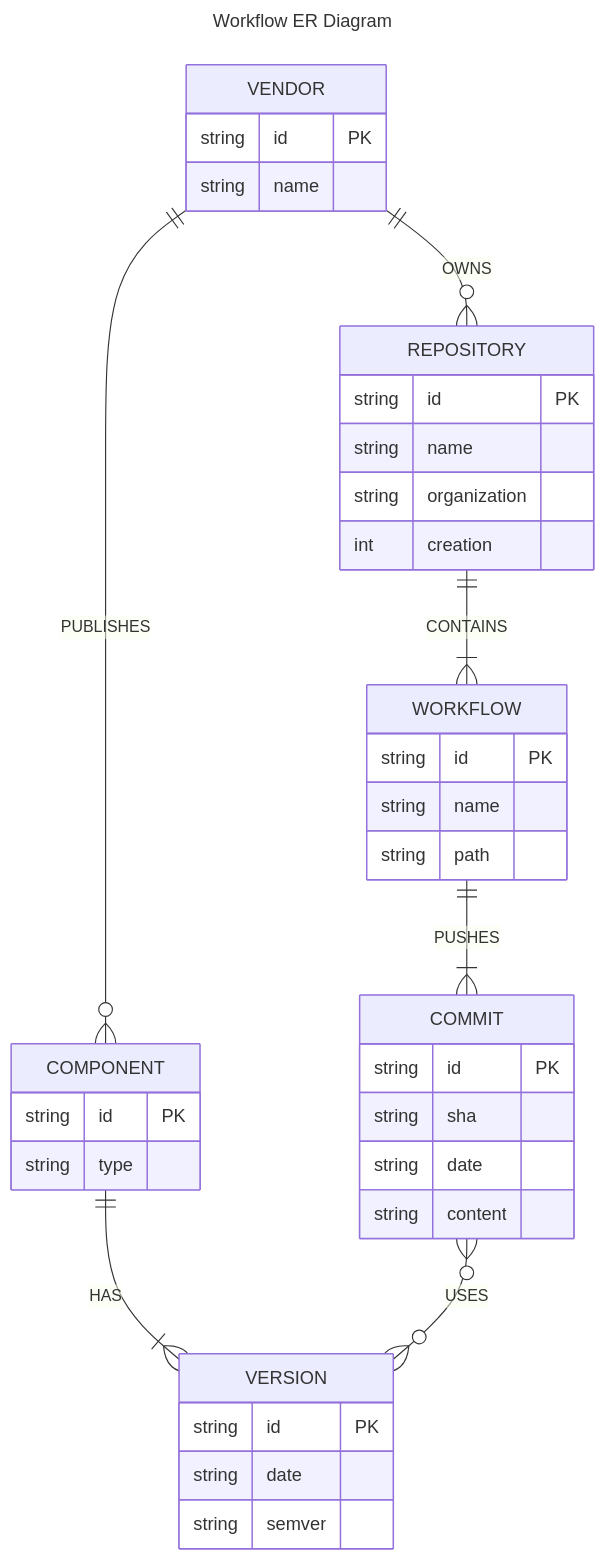
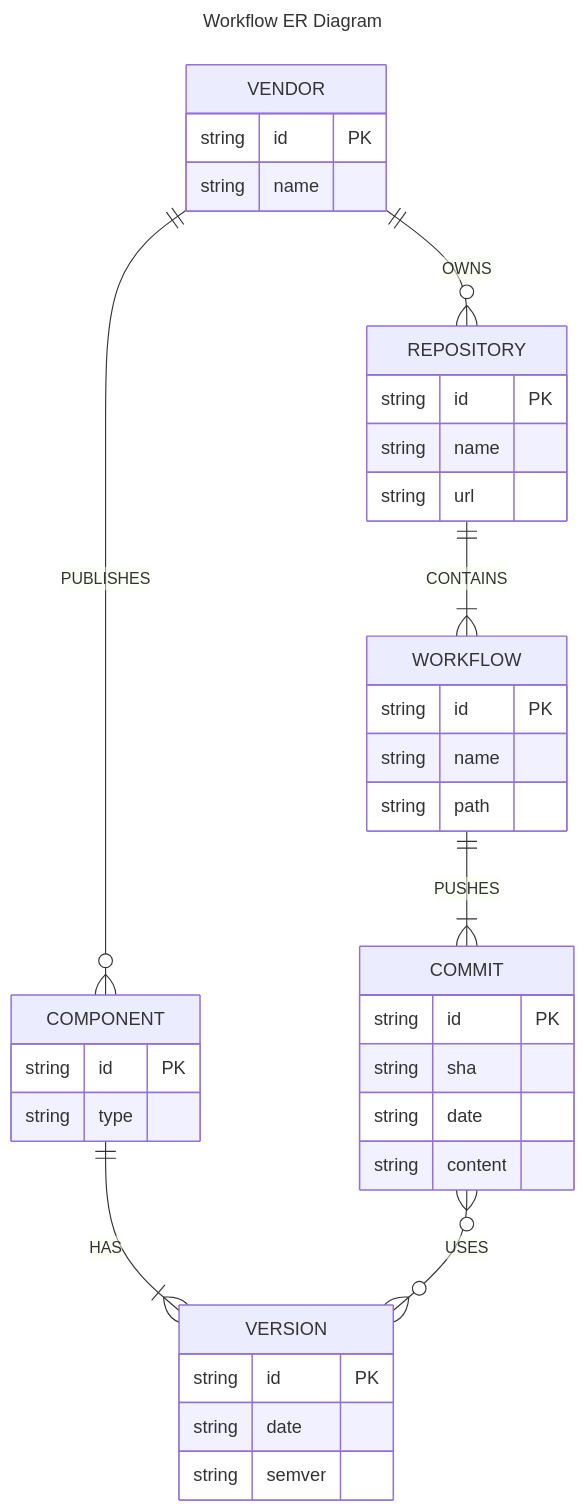
One commit to aegis-forge/kleio changed the diagram in docs/mmd/er.mmd. Above: the diagram before and after it, drawn with Mermaid. The commit also changed 17 other files, not shown here.

```diff
--- a/docs/mmd/er.mmd
+++ b/docs/mmd/er.mmd
@@ -1,46 +1,45 @@
 ---
 title: Workflow ER Diagram
 ---
 erDiagram
     COMMIT {
         string id PK
         string sha
         string date
         string content
     }
 
     VERSION {
         string id PK
         string date
         string semver
     }
 
     COMPONENT {
         string id PK
         string type
     }
 
     WORKFLOW {
         string id PK
         string name
         string path
     }
 
     REPOSITORY {
         string id PK
         string name
-        string organization
-        int creation
+        string url
     }
 
     VENDOR {
         string id PK
         string name
     }
 
     COMPONENT ||--|{ VERSION : HAS
     COMMIT }o--o{ VERSION : USES
     WORKFLOW ||--|{ COMMIT : PUSHES
     REPOSITORY ||--|{ WORKFLOW : CONTAINS
     VENDOR ||--o{ REPOSITORY : OWNS
     VENDOR ||--o{ COMPONENT : PUBLISHES
```
